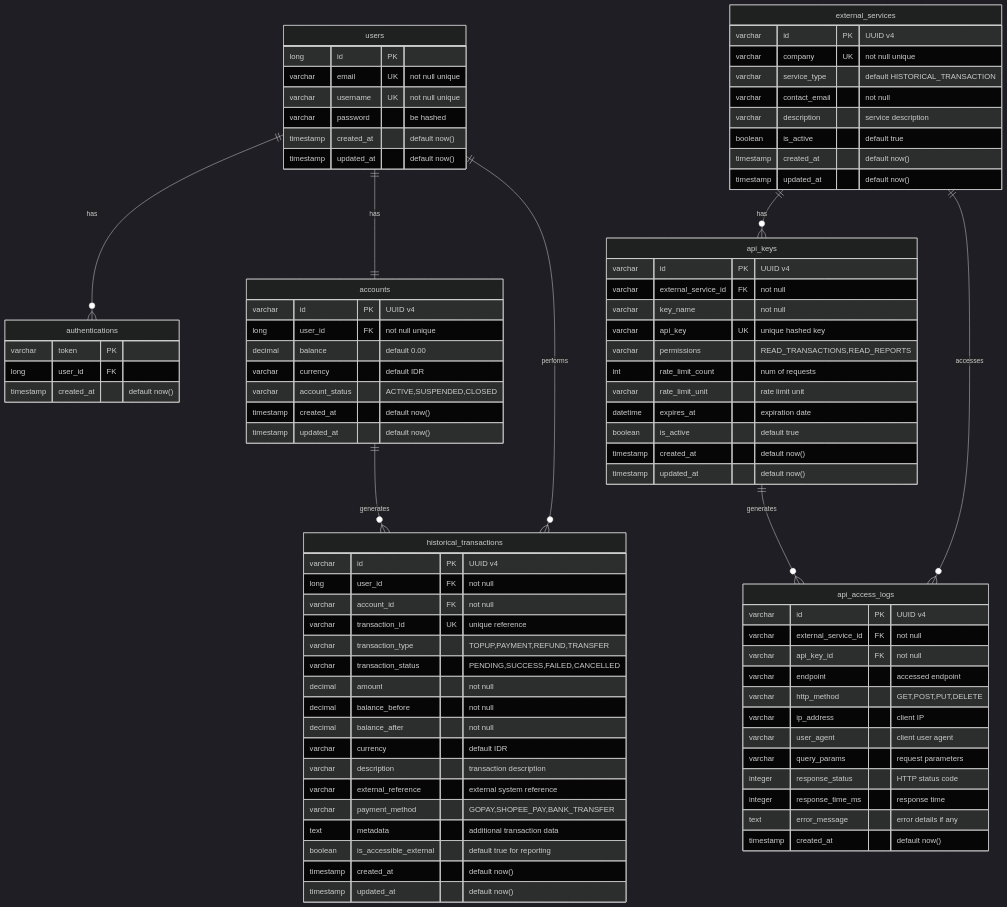
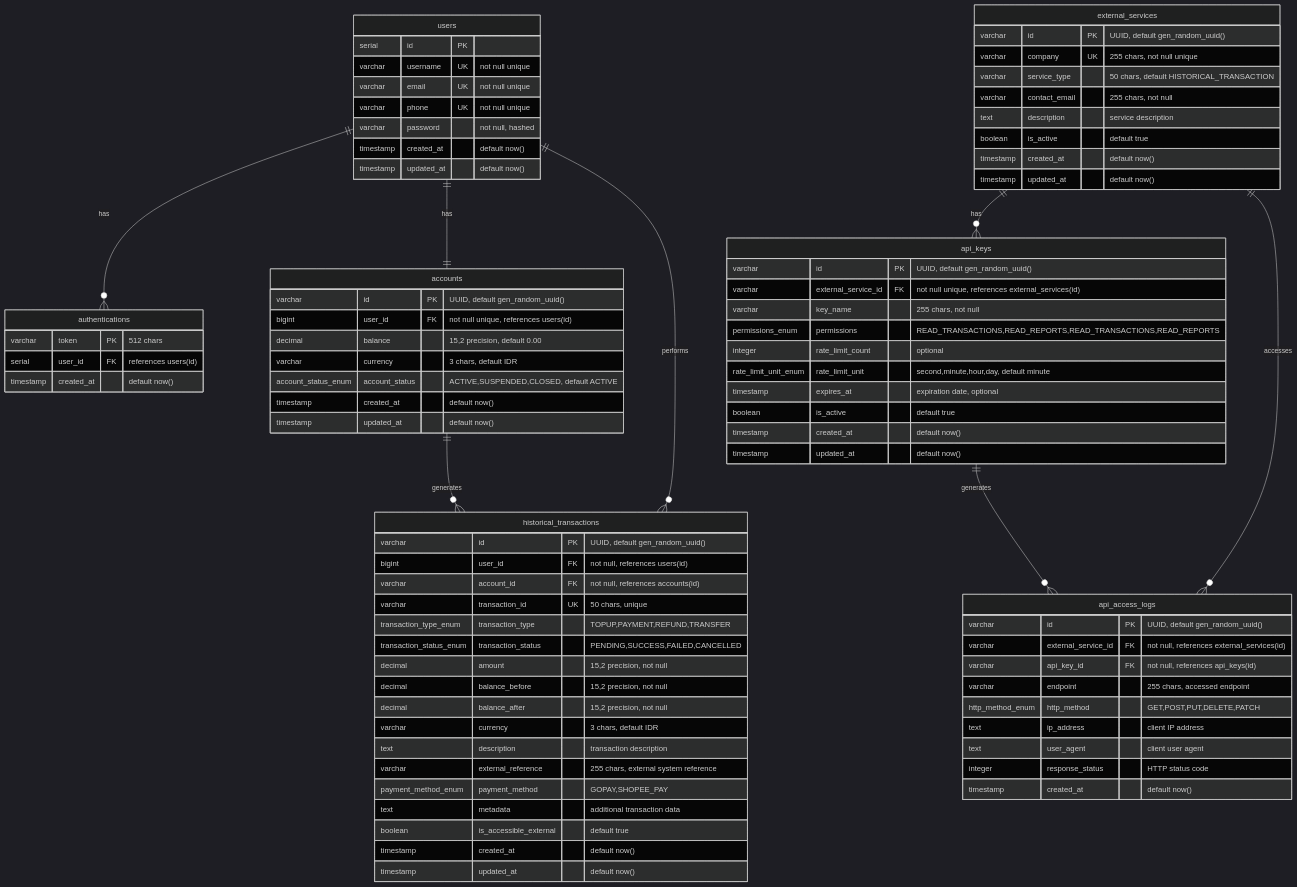
One commit to cisnux-seed/fp-main-ops changed the diagram in README.md. Above: the diagram before and after it, drawn with Mermaid (dark theme).

Commit message:
refine: erd

````diff
--- a/README.md
+++ b/README.md
@@ -10,87 +10,84 @@
 external_services ||--o{ api_access_logs : accesses
 
     users {
-        long id PK
+        serial id PK
+        varchar username UK "not null unique"
         varchar email UK "not null unique"
-        varchar username UK "not null unique"
-        varchar password "be hashed"
+        varchar phone UK "not null unique"
+        varchar password "not null, hashed"
         timestamp created_at "default now()"
         timestamp updated_at "default now()"
     }
 
     authentications {
-        varchar token PK
-        long user_id FK
+        varchar token PK "512 chars"
+        serial user_id FK "references users(id)"
         timestamp created_at "default now()"
     }
 
     accounts {
-        varchar id PK "UUID v4"
-        long user_id FK "not null unique"
-        decimal balance "default 0.00"
-        varchar currency "default IDR"
-        varchar account_status "ACTIVE,SUSPENDED,CLOSED"
+        varchar id PK "UUID, default gen_random_uuid()"
+        bigint user_id FK "not null unique, references users(id)"
+        decimal balance "15,2 precision, default 0.00"
+        varchar currency "3 chars, default IDR"
+        account_status_enum account_status "ACTIVE,SUSPENDED,CLOSED, default ACTIVE"
         timestamp created_at "default now()"
         timestamp updated_at "default now()"
     }
 
     historical_transactions {
-        varchar id PK "UUID v4"
-        long user_id FK "not null"
-        varchar account_id FK "not null"
-        varchar transaction_id UK "unique reference"
-        varchar transaction_type "TOPUP,PAYMENT,REFUND,TRANSFER"
-        varchar transaction_status "PENDING,SUCCESS,FAILED,CANCELLED"
-        decimal amount "not null"
-        decimal balance_before "not null"
-        decimal balance_after "not null"
-        varchar currency "default IDR"
-        varchar description "transaction description"
-        varchar external_reference "external system reference"
-        varchar payment_method "GOPAY,SHOPEE_PAY,BANK_TRANSFER"
+        varchar id PK "UUID, default gen_random_uuid()"
+        bigint user_id FK "not null, references users(id)"
+        varchar account_id FK "not null, references accounts(id)"
+        varchar transaction_id UK "50 chars, unique"
+        transaction_type_enum transaction_type "TOPUP,PAYMENT,REFUND,TRANSFER"
+        transaction_status_enum transaction_status "PENDING,SUCCESS,FAILED,CANCELLED"
+        decimal amount "15,2 precision, not null"
+        decimal balance_before "15,2 precision, not null"
+        decimal balance_after "15,2 precision, not null"
+        varchar currency "3 chars, default IDR"
+        text description "transaction description"
+        varchar external_reference "255 chars, external system reference"
+        payment_method_enum payment_method "GOPAY,SHOPEE_PAY"
         text metadata "additional transaction data"
-        boolean is_accessible_external "default true for reporting"
+        boolean is_accessible_external "default true"
         timestamp created_at "default now()"
         timestamp updated_at "default now()"
     }
 
     external_services {
-        varchar id PK "UUID v4"
-        varchar company UK "not null unique"
-        varchar service_type "default HISTORICAL_TRANSACTION"
-        varchar contact_email "not null"
-        varchar description "service description"
+        varchar id PK "UUID, default gen_random_uuid()"
+        varchar company UK "255 chars, not null unique"
+        varchar service_type "50 chars, default HISTORICAL_TRANSACTION"
+        varchar contact_email "255 chars, not null"
+        text description "service description"
         boolean is_active "default true"
         timestamp created_at "default now()"
         timestamp updated_at "default now()"
     }
 
     api_keys {
-        varchar id PK "UUID v4"
-        varchar external_service_id FK "not null"
-        varchar key_name "not null"
-        varchar api_key UK "unique hashed key"
-        varchar permissions "READ_TRANSACTIONS,READ_REPORTS"
-        int rate_limit_count "num of requests"
-        varchar rate_limit_unit "rate limit unit"
-        datetime expires_at "expiration date"
+        varchar id PK "UUID, default gen_random_uuid()"
+        varchar external_service_id FK "not null unique, references external_services(id)"
+        varchar key_name "255 chars, not null"
+        permissions_enum permissions "READ_TRANSACTIONS,READ_REPORTS,READ_TRANSACTIONS,READ_REPORTS"
+        integer rate_limit_count "optional"
+        rate_limit_unit_enum rate_limit_unit "second,minute,hour,day, default minute"
+        timestamp expires_at "expiration date, optional"
         boolean is_active "default true"
         timestamp created_at "default now()"
         timestamp updated_at "default now()"
     }
 
     api_access_logs {
-        varchar id PK "UUID v4"
-        varchar external_service_id FK "not null"
-        varchar api_key_id FK "not null"
-        varchar endpoint "accessed endpoint"
-        varchar http_method "GET,POST,PUT,DELETE"
-        varchar ip_address "client IP"
-        varchar user_agent "client user agent"
-        varchar query_params "request parameters"
+        varchar id PK "UUID, default gen_random_uuid()"
+        varchar external_service_id FK "not null, references external_services(id)"
+        varchar api_key_id FK "not null, references api_keys(id)"
+        varchar endpoint "255 chars, accessed endpoint"
+        http_method_enum http_method "GET,POST,PUT,DELETE,PATCH"
+        text ip_address "client IP address"
+        text user_agent "client user agent"
         integer response_status "HTTP status code"
-        integer response_time_ms "response time"
-        text error_message "error details if any"
         timestamp created_at "default now()"
     }
 ```
````
